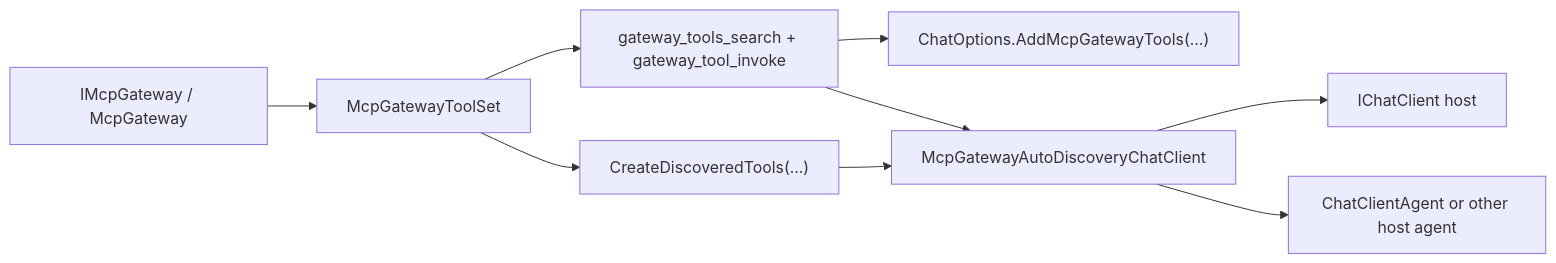
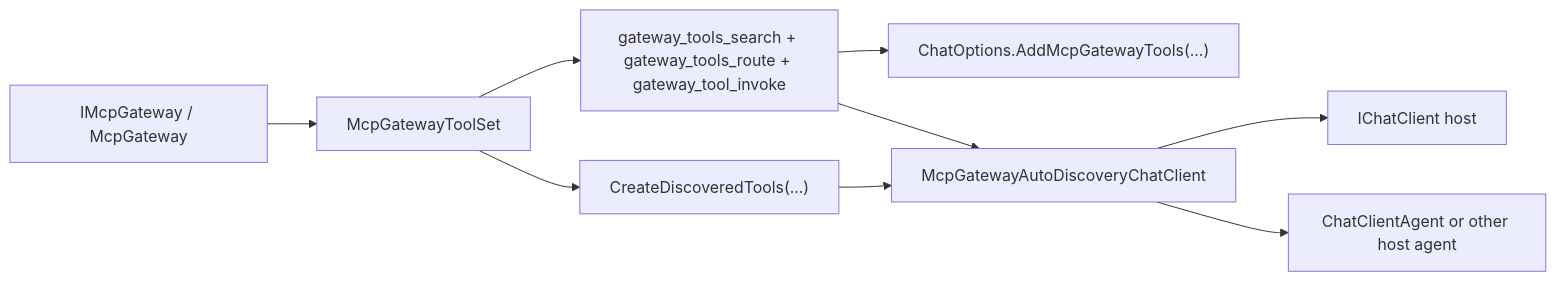
One commit to managedcode/MCPGateway changed the diagram in docs/ADR/ADR-0003-reusable-chat-client-and-agent-tool-modules.md. Above: the diagram before and after it, drawn with Mermaid. The commit also changed other lines of this file and 159 other files, not shown here.

````diff
--- a/docs/ADR/ADR-0003-reusable-chat-client-and-agent-tool-modules.md
+++ b/docs/ADR/ADR-0003-reusable-chat-client-and-agent-tool-modules.md
@@ -42,11 +42,11 @@
 ```mermaid
 flowchart LR
     Gateway["IMcpGateway / McpGateway"] --> ToolSet["McpGatewayToolSet"]
-    ToolSet --> MetaTools["gateway_tools_search + gateway_tool_invoke"]
+    ToolSet --> MetaTools["gateway_tools_search + gateway_tools_route + gateway_tool_invoke"]
     ToolSet --> Discovered["CreateDiscoveredTools(...)"]
     MetaTools --> ChatOptions["ChatOptions.AddMcpGatewayTools(...)"]
     MetaTools --> AutoDiscovery["McpGatewayAutoDiscoveryChatClient"]
     Discovered --> AutoDiscovery
     AutoDiscovery --> ChatClient["IChatClient host"]
     AutoDiscovery --> Agent["ChatClientAgent or other host agent"]
 ```
````
